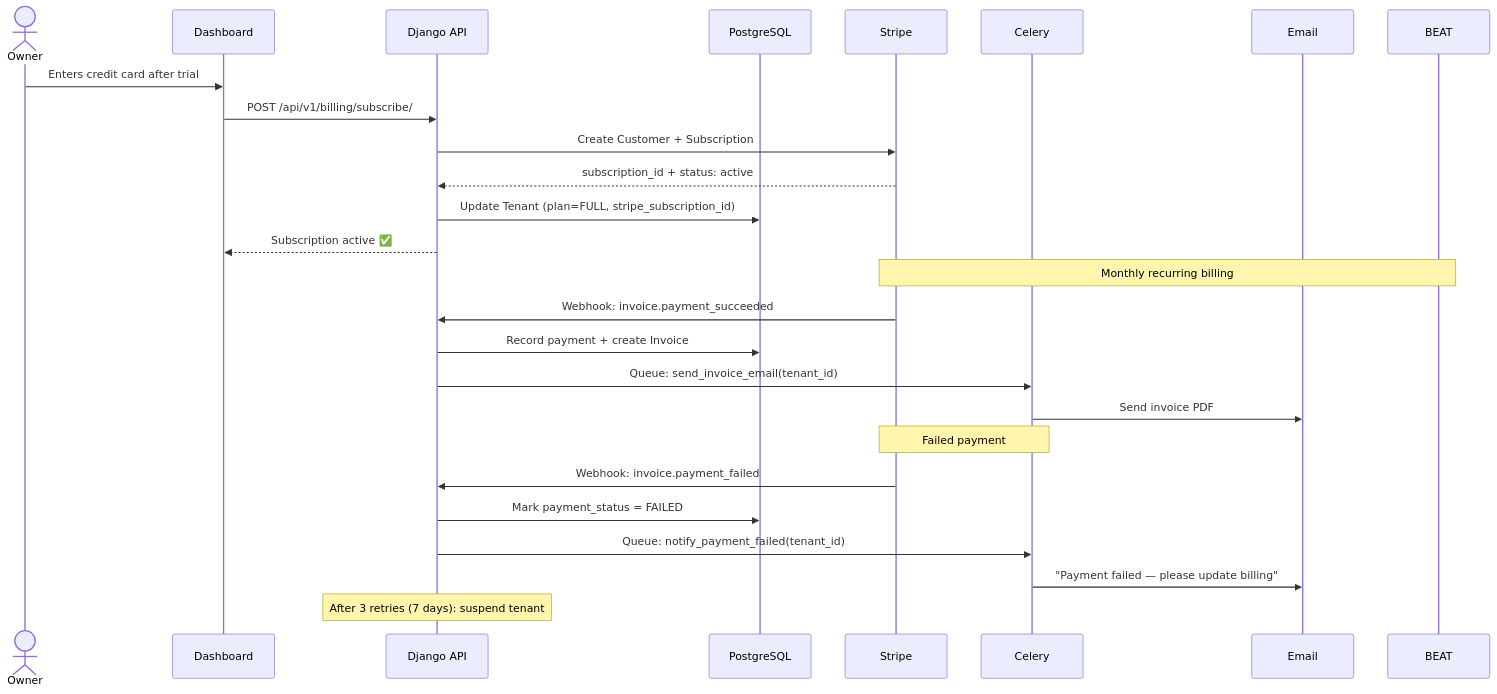
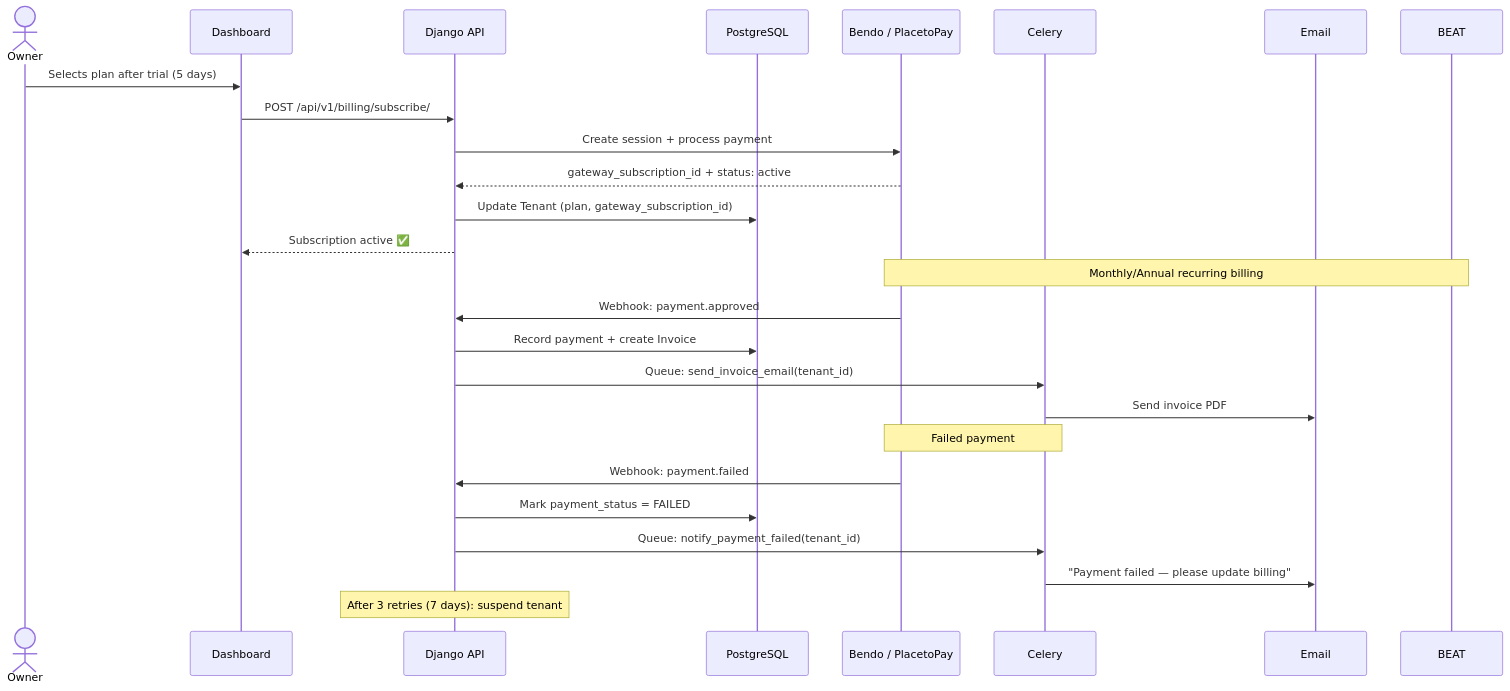
The seventh of 12 diagrams in docs/ARCHITECTURE.md (somatechlat/loyallia), drawn with Mermaid before and after one commit. The commit also changed other lines of this file and 4 other files, not shown here.

````diff
--- a/docs/ARCHITECTURE.md
+++ b/docs/ARCHITECTURE.md
@@ -317,30 +317,30 @@
 ```mermaid
 sequenceDiagram
     actor Owner
     participant DASH as Dashboard
     participant API as Django API
     participant DB as PostgreSQL
-    participant STRIPE as Stripe
+    participant GWY as Bendo / PlacetoPay
     participant CEL as Celery
     participant SMTP as Email
 
-    Owner->>DASH: Enters credit card after trial
+    Owner->>DASH: Selects plan after trial (5 days)
     DASH->>API: POST /api/v1/billing/subscribe/
-    API->>STRIPE: Create Customer + Subscription
-    STRIPE-->>API: subscription_id + status: active
-    API->>DB: Update Tenant (plan=FULL, stripe_subscription_id)
+    API->>GWY: Create session + process payment
+    GWY-->>API: gateway_subscription_id + status: active
+    API->>DB: Update Tenant (plan, gateway_subscription_id)
     API-->>DASH: Subscription active ✅
 
-    Note over BEAT,STRIPE: Monthly recurring billing
-    STRIPE->>API: Webhook: invoice.payment_succeeded
+    Note over BEAT,GWY: Monthly/Annual recurring billing
+    GWY->>API: Webhook: payment.approved
     API->>DB: Record payment + create Invoice
     API->>CEL: Queue: send_invoice_email(tenant_id)
     CEL->>SMTP: Send invoice PDF
 
-    Note over STRIPE,CEL: Failed payment
-    STRIPE->>API: Webhook: invoice.payment_failed
+    Note over GWY,CEL: Failed payment
+    GWY->>API: Webhook: payment.failed
     API->>DB: Mark payment_status = FAILED
     API->>CEL: Queue: notify_payment_failed(tenant_id)
     CEL->>SMTP: "Payment failed — please update billing"
     Note over API: After 3 retries (7 days): suspend tenant
 ```
````
